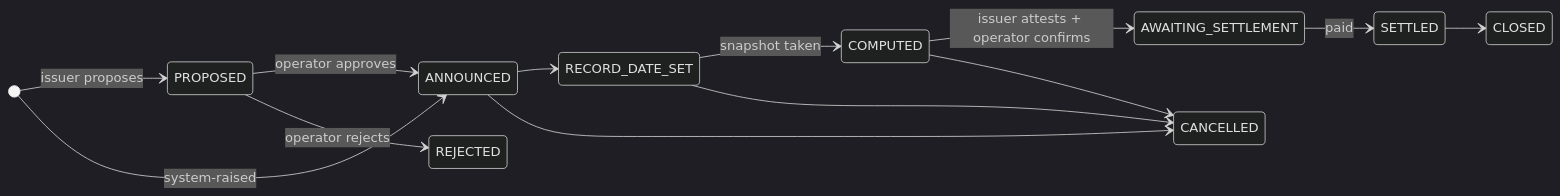
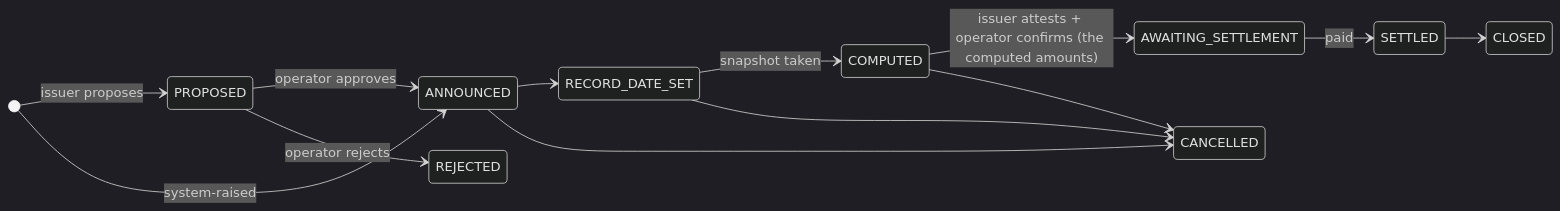
Before and after one commit to makibytes/registerwerk: the first of 2 diagrams in docs/customer/lifecycle/redemption.md, drawn with Mermaid (dark theme). The commit also changed other lines of this file and 282 other files, not shown here.

````diff
--- a/docs/customer/lifecycle/redemption.md
+++ b/docs/customer/lifecycle/redemption.md
@@ -52,16 +52,16 @@
 ```mermaid
 stateDiagram-v2
     direction LR
     [*] --> PROPOSED: issuer proposes
     [*] --> ANNOUNCED: system-raised
     PROPOSED --> ANNOUNCED: operator approves
     PROPOSED --> REJECTED: operator rejects
     ANNOUNCED --> RECORD_DATE_SET
     RECORD_DATE_SET --> COMPUTED: snapshot taken
-    COMPUTED --> AWAITING_SETTLEMENT: issuer attests + operator confirms
+    COMPUTED --> AWAITING_SETTLEMENT: issuer attests + operator confirms (the computed amounts)
     AWAITING_SETTLEMENT --> SETTLED: paid
     SETTLED --> CLOSED
     ANNOUNCED --> CANCELLED
     RECORD_DATE_SET --> CANCELLED
     COMPUTED --> CANCELLED
 ```
````
